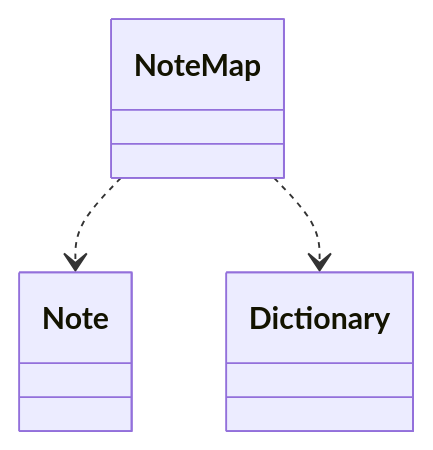
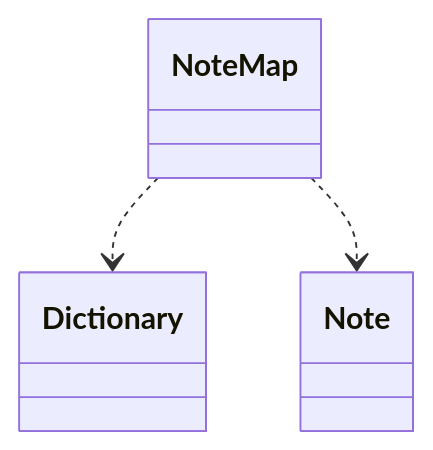
Diagram 20 of 31 in test/test.md (schnock-art/project_inspector), drawn with Mermaid before and after one commit. The commit also changed other lines of this file and 2 other files, not shown here.

Commit message:
Fixed empyt mermaid diagrams

````diff
--- a/test/test.md
+++ b/test/test.md
@@ -491,5 +486,5 @@
 ```mermaid
 classDiagram
+NoteMap ..> Dictionary
 NoteMap ..> Note
-NoteMap ..> Dictionary
 ```
````
